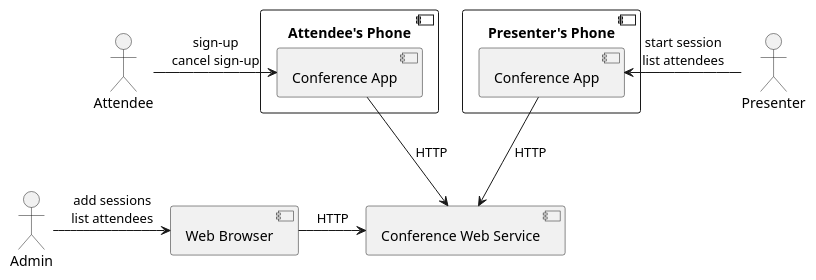
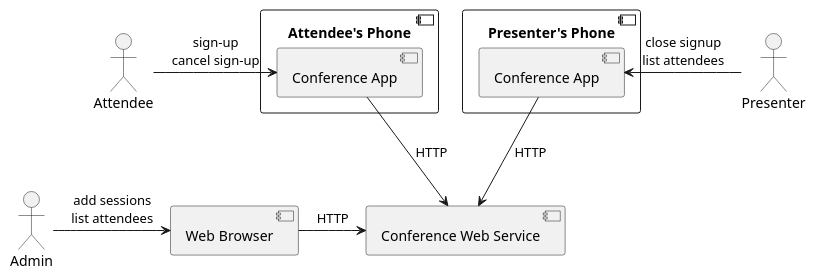
Before and after one commit to npryce/learn-you-a-kotlin: the first of 3 diagrams in INSTRUCTIONS.part4.md, drawn with PlantUML. The commit also changed other lines of this file and 4 other files, not shown here.

````diff
--- a/INSTRUCTIONS.part4.md
+++ b/INSTRUCTIONS.part4.md
@@ -25,24 +25,24 @@
 ```plantuml
 :Attendee: as a
 :Presenter: as p
 :Admin: as b
 
 component "Attendee's Phone" as aPhone {
     component [Conference App] as aApp
 }
 component "Presenter's Phone" as pPhone {
     component [Conference App] as pApp
 }
 component "Web Browser" as bBrowser
 component "Conference Web Service" as webService
 
 a -right-> aApp : "sign-up\ncancel sign-up"
 aApp -down-> webService : HTTP
 
-p -left-> pApp : "start session\nlist attendees"
+p -left-> pApp : "close signup\nlist attendees"
 pApp -down-> webService : HTTP
 
 b -right-> bBrowser : "add sessions\nlist attendees"
 bBrowser -right-> webService : HTTP
 
 ```
````
